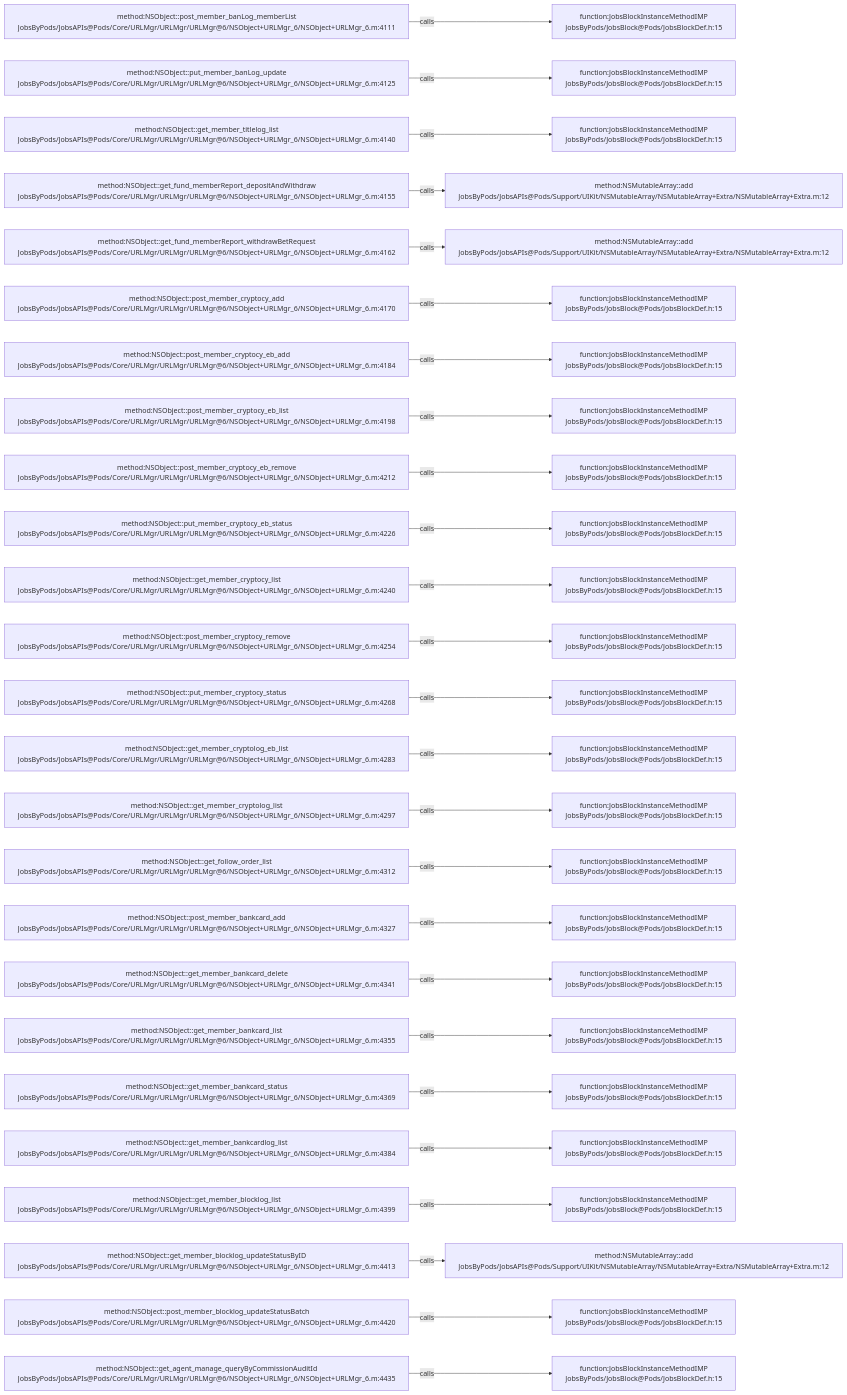
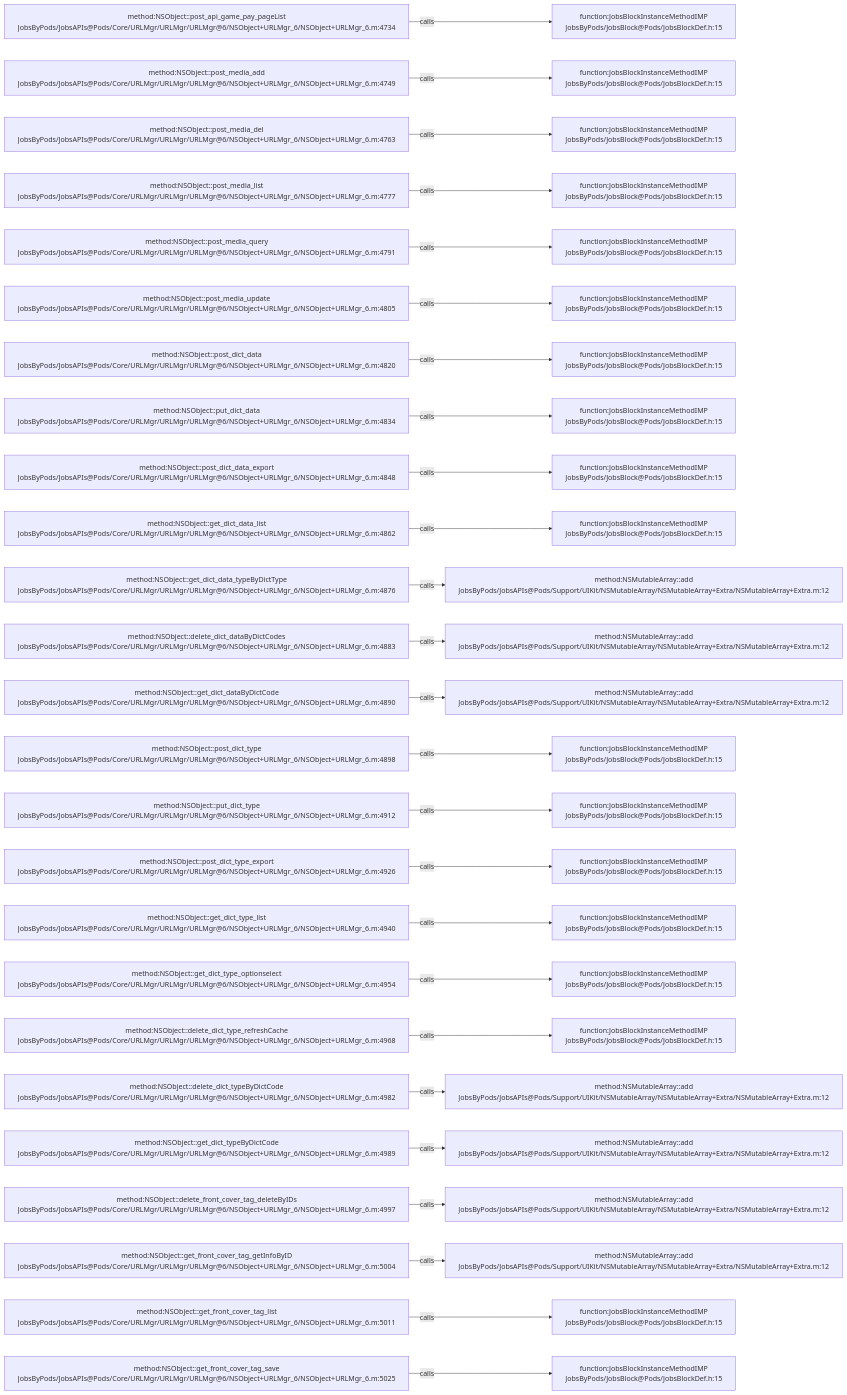
Before and after one commit to JobsKits/JobsOCBaseConfigDemo: the diagram in .codegraph/codegraph.md/graphs/calls-079.md, drawn with Mermaid. The commit also changed 223 other files, not shown here.

````diff
--- a/.codegraph/codegraph.md/graphs/calls-079.md
+++ b/.codegraph/codegraph.md/graphs/calls-079.md
@@ -13,78 +13,78 @@
 ```mermaid
 flowchart LR
-  S1["method:NSObject::post_member_banLog_memberList<br/>JobsByPods/JobsAPIs@Pods/Core/URLMgr/URLMgr/URLMgr@6/NSObject+URLMgr_6/NSObject+URLMgr_6.m:4111"]
+  S1["method:NSObject::post_api_game_pay_pageList<br/>JobsByPods/JobsAPIs@Pods/Core/URLMgr/URLMgr/URLMgr@6/NSObject+URLMgr_6/NSObject+URLMgr_6.m:4734"]
   T1["function:JobsBlockInstanceMethodIMP<br/>JobsByPods/JobsBlock@Pods/JobsBlockDef.h:15"]
   S1 -->|calls| T1
-  S2["method:NSObject::put_member_banLog_update<br/>JobsByPods/JobsAPIs@Pods/Core/URLMgr/URLMgr/URLMgr@6/NSObject+URLMgr_6/NSObject+URLMgr_6.m:4125"]
+  S2["method:NSObject::post_media_add<br/>JobsByPods/JobsAPIs@Pods/Core/URLMgr/URLMgr/URLMgr@6/NSObject+URLMgr_6/NSObject+URLMgr_6.m:4749"]
   T2["function:JobsBlockInstanceMethodIMP<br/>JobsByPods/JobsBlock@Pods/JobsBlockDef.h:15"]
   S2 -->|calls| T2
-  S3["method:NSObject::get_member_titlelog_list<br/>JobsByPods/JobsAPIs@Pods/Core/URLMgr/URLMgr/URLMgr@6/NSObject+URLMgr_6/NSObject+URLMgr_6.m:4140"]
+  S3["method:NSObject::post_media_del<br/>JobsByPods/JobsAPIs@Pods/Core/URLMgr/URLMgr/URLMgr@6/NSObject+URLMgr_6/NSObject+URLMgr_6.m:4763"]
   T3["function:JobsBlockInstanceMethodIMP<br/>JobsByPods/JobsBlock@Pods/JobsBlockDef.h:15"]
   S3 -->|calls| T3
-  S4["method:NSObject::get_fund_memberReport_depositAndWithdraw<br/>JobsByPods/JobsAPIs@Pods/Core/URLMgr/URLMgr/URLMgr@6/NSObject+URLMgr_6/NSObject+URLMgr_6.m:4155"]
-  T4["method:NSMutableArray::add<br/>JobsByPods/JobsAPIs@Pods/Support/UIKit/NSMutableArray/NSMutableArray+Extra/NSMutableArray+Extra.m:12"]
+  S4["method:NSObject::post_media_list<br/>JobsByPods/JobsAPIs@Pods/Core/URLMgr/URLMgr/URLMgr@6/NSObject+URLMgr_6/NSObject+URLMgr_6.m:4777"]
+  T4["function:JobsBlockInstanceMethodIMP<br/>JobsByPods/JobsBlock@Pods/JobsBlockDef.h:15"]
   S4 -->|calls| T4
-  S5["method:NSObject::get_fund_memberReport_withdrawBetRequest<br/>JobsByPods/JobsAPIs@Pods/Core/URLMgr/URLMgr/URLMgr@6/NSObject+URLMgr_6/NSObject+URLMgr_6.m:4162"]
-  T5["method:NSMutableArray::add<br/>JobsByPods/JobsAPIs@Pods/Support/UIKit/NSMutableArray/NSMutableArray+Extra/NSMutableArray+Extra.m:12"]
+  S5["method:NSObject::post_media_query<br/>JobsByPods/JobsAPIs@Pods/Core/URLMgr/URLMgr/URLMgr@6/NSObject+URLMgr_6/NSObject+URLMgr_6.m:4791"]
+  T5["function:JobsBlockInstanceMethodIMP<br/>JobsByPods/JobsBlock@Pods/JobsBlockDef.h:15"]
   S5 -->|calls| T5
-  S6["method:NSObject::post_member_cryptocy_add<br/>JobsByPods/JobsAPIs@Pods/Core/URLMgr/URLMgr/URLMgr@6/NSObject+URLMgr_6/NSObject+URLMgr_6.m:4170"]
+  S6["method:NSObject::post_media_update<br/>JobsByPods/JobsAPIs@Pods/Core/URLMgr/URLMgr/URLMgr@6/NSObject+URLMgr_6/NSObject+URLMgr_6.m:4805"]
   T6["function:JobsBlockInstanceMethodIMP<br/>JobsByPods/JobsBlock@Pods/JobsBlockDef.h:15"]
   S6 -->|calls| T6
-  S7["method:NSObject::post_member_cryptocy_eb_add<br/>JobsByPods/JobsAPIs@Pods/Core/URLMgr/URLMgr/URLMgr@6/NSObject+URLMgr_6/NSObject+URLMgr_6.m:4184"]
+  S7["method:NSObject::post_dict_data<br/>JobsByPods/JobsAPIs@Pods/Core/URLMgr/URLMgr/URLMgr@6/NSObject+URLMgr_6/NSObject+URLMgr_6.m:4820"]
   T7["function:JobsBlockInstanceMethodIMP<br/>JobsByPods/JobsBlock@Pods/JobsBlockDef.h:15"]
   S7 -->|calls| T7
-  S8["method:NSObject::post_member_cryptocy_eb_list<br/>JobsByPods/JobsAPIs@Pods/Core/URLMgr/URLMgr/URLMgr@6/NSObject+URLMgr_6/NSObject+URLMgr_6.m:4198"]
+  S8["method:NSObject::put_dict_data<br/>JobsByPods/JobsAPIs@Pods/Core/URLMgr/URLMgr/URLMgr@6/NSObject+URLMgr_6/NSObject+URLMgr_6.m:4834"]
   T8["function:JobsBlockInstanceMethodIMP<br/>JobsByPods/JobsBlock@Pods/JobsBlockDef.h:15"]
   S8 -->|calls| T8
-  S9["method:NSObject::post_member_cryptocy_eb_remove<br/>JobsByPods/JobsAPIs@Pods/Core/URLMgr/URLMgr/URLMgr@6/NSObject+URLMgr_6/NSObject+URLMgr_6.m:4212"]
+  S9["method:NSObject::post_dict_data_export<br/>JobsByPods/JobsAPIs@Pods/Core/URLMgr/URLMgr/URLMgr@6/NSObject+URLMgr_6/NSObject+URLMgr_6.m:4848"]
   T9["function:JobsBlockInstanceMethodIMP<br/>JobsByPods/JobsBlock@Pods/JobsBlockDef.h:15"]
   S9 -->|calls| T9
-  S10["method:NSObject::put_member_cryptocy_eb_status<br/>JobsByPods/JobsAPIs@Pods/Core/URLMgr/URLMgr/URLMgr@6/NSObject+URLMgr_6/NSObject+URLMgr_6.m:4226"]
+  S10["method:NSObject::get_dict_data_list<br/>JobsByPods/JobsAPIs@Pods/Core/URLMgr/URLMgr/URLMgr@6/NSObject+URLMgr_6/NSObject+URLMgr_6.m:4862"]
   T10["function:JobsBlockInstanceMethodIMP<br/>JobsByPods/JobsBlock@Pods/JobsBlockDef.h:15"]
   S10 -->|calls| T10
-  S11["method:NSObject::get_member_cryptocy_list<br/>JobsByPods/JobsAPIs@Pods/Core/URLMgr/URLMgr/URLMgr@6/NSObject+URLMgr_6/NSObject+URLMgr_6.m:4240"]
-  T11["function:JobsBlockInstanceMethodIMP<br/>JobsByPods/JobsBlock@Pods/JobsBlockDef.h:15"]
+  S11["method:NSObject::get_dict_data_typeByDictType<br/>JobsByPods/JobsAPIs@Pods/Core/URLMgr/URLMgr/URLMgr@6/NSObject+URLMgr_6/NSObject+URLMgr_6.m:4876"]
+  T11["method:NSMutableArray::add<br/>JobsByPods/JobsAPIs@Pods/Support/UIKit/NSMutableArray/NSMutableArray+Extra/NSMutableArray+Extra.m:12"]
   S11 -->|calls| T11
-  S12["method:NSObject::post_member_cryptocy_remove<br/>JobsByPods/JobsAPIs@Pods/Core/URLMgr/URLMgr/URLMgr@6/NSObject+URLMgr_6/NSObject+URLMgr_6.m:4254"]
-  T12["function:JobsBlockInstanceMethodIMP<br/>JobsByPods/JobsBlock@Pods/JobsBlockDef.h:15"]
+  S12["method:NSObject::delete_dict_dataByDictCodes<br/>JobsByPods/JobsAPIs@Pods/Core/URLMgr/URLMgr/URLMgr@6/NSObject+URLMgr_6/NSObject+URLMgr_6.m:4883"]
+  T12["method:NSMutableArray::add<br/>JobsByPods/JobsAPIs@Pods/Support/UIKit/NSMutableArray/NSMutableArray+Extra/NSMutableArray+Extra.m:12"]
   S12 -->|calls| T12
-  S13["method:NSObject::put_member_cryptocy_status<br/>JobsByPods/JobsAPIs@Pods/Core/URLMgr/URLMgr/URLMgr@6/NSObject+URLMgr_6/NSObject+URLMgr_6.m:4268"]
-  T13["function:JobsBlockInstanceMethodIMP<br/>JobsByPods/JobsBlock@Pods/JobsBlockDef.h:15"]
+  S13["method:NSObject::get_dict_dataByDictCode<br/>JobsByPods/JobsAPIs@Pods/Core/URLMgr/URLMgr/URLMgr@6/NSObject+URLMgr_6/NSObject+URLMgr_6.m:4890"]
+  T13["method:NSMutableArray::add<br/>JobsByPods/JobsAPIs@Pods/Support/UIKit/NSMutableArray/NSMutableArray+Extra/NSMutableArray+Extra.m:12"]
   S13 -->|calls| T13
-  S14["method:NSObject::get_member_cryptolog_eb_list<br/>JobsByPods/JobsAPIs@Pods/Core/URLMgr/URLMgr/URLMgr@6/NSObject+URLMgr_6/NSObject+URLMgr_6.m:4283"]
+  S14["method:NSObject::post_dict_type<br/>JobsByPods/JobsAPIs@Pods/Core/URLMgr/URLMgr/URLMgr@6/NSObject+URLMgr_6/NSObject+URLMgr_6.m:4898"]
   T14["function:JobsBlockInstanceMethodIMP<br/>JobsByPods/JobsBlock@Pods/JobsBlockDef.h:15"]
   S14 -->|calls| T14
-  S15["method:NSObject::get_member_cryptolog_list<br/>JobsByPods/JobsAPIs@Pods/Core/URLMgr/URLMgr/URLMgr@6/NSObject+URLMgr_6/NSObject+URLMgr_6.m:4297"]
+  S15["method:NSObject::put_dict_type<br/>JobsByPods/JobsAPIs@Pods/Core/URLMgr/URLMgr/URLMgr@6/NSObject+URLMgr_6/NSObject+URLMgr_6.m:4912"]
   T15["function:JobsBlockInstanceMethodIMP<br/>JobsByPods/JobsBlock@Pods/JobsBlockDef.h:15"]
   S15 -->|calls| T15
-  S16["method:NSObject::get_follow_order_list<br/>JobsByPods/JobsAPIs@Pods/Core/URLMgr/URLMgr/URLMgr@6/NSObject+URLMgr_6/NSObject+URLMgr_6.m:4312"]
+  S16["method:NSObject::post_dict_type_export<br/>JobsByPods/JobsAPIs@Pods/Core/URLMgr/URLMgr/URLMgr@6/NSObject+URLMgr_6/NSObject+URLMgr_6.m:4926"]
   T16["function:JobsBlockInstanceMethodIMP<br/>JobsByPods/JobsBlock@Pods/JobsBlockDef.h:15"]
   S16 -->|calls| T16
-  S17["method:NSObject::post_member_bankcard_add<br/>JobsByPods/JobsAPIs@Pods/Core/URLMgr/URLMgr/URLMgr@6/NSObject+URLMgr_6/NSObject+URLMgr_6.m:4327"]
+  S17["method:NSObject::get_dict_type_list<br/>JobsByPods/JobsAPIs@Pods/Core/URLMgr/URLMgr/URLMgr@6/NSObject+URLMgr_6/NSObject+URLMgr_6.m:4940"]
   T17["function:JobsBlockInstanceMethodIMP<br/>JobsByPods/JobsBlock@Pods/JobsBlockDef.h:15"]
   S17 -->|calls| T17
-  S18["method:NSObject::get_member_bankcard_delete<br/>JobsByPods/JobsAPIs@Pods/Core/URLMgr/URLMgr/URLMgr@6/NSObject+URLMgr_6/NSObject+URLMgr_6.m:4341"]
+  S18["method:NSObject::get_dict_type_optionselect<br/>JobsByPods/JobsAPIs@Pods/Core/URLMgr/URLMgr/URLMgr@6/NSObject+URLMgr_6/NSObject+URLMgr_6.m:4954"]
   T18["function:JobsBlockInstanceMethodIMP<br/>JobsByPods/JobsBlock@Pods/JobsBlockDef.h:15"]
   S18 -->|calls| T18
-  S19["method:NSObject::get_member_bankcard_list<br/>JobsByPods/JobsAPIs@Pods/Core/URLMgr/URLMgr/URLMgr@6/NSObject+URLMgr_6/NSObject+URLMgr_6.m:4355"]
+  S19["method:NSObject::delete_dict_type_refreshCache<br/>JobsByPods/JobsAPIs@Pods/Core/URLMgr/URLMgr/URLMgr@6/NSObject+URLMgr_6/NSObject+URLMgr_6.m:4968"]
   T19["function:JobsBlockInstanceMethodIMP<br/>JobsByPods/JobsBlock@Pods/JobsBlockDef.h:15"]
   S19 -->|calls| T19
-  S20["method:NSObject::get_member_bankcard_status<br/>JobsByPods/JobsAPIs@Pods/Core/URLMgr/URLMgr/URLMgr@6/NSObject+URLMgr_6/NSObject+URLMgr_6.m:4369"]
-  T20["function:JobsBlockInstanceMethodIMP<br/>JobsByPods/JobsBlock@Pods/JobsBlockDef.h:15"]
+  S20["method:NSObject::delete_dict_typeByDictCode<br/>JobsByPods/JobsAPIs@Pods/Core/URLMgr/URLMgr/URLMgr@6/NSObject+URLMgr_6/NSObject+URLMgr_6.m:4982"]
+  T20["method:NSMutableArray::add<br/>JobsByPods/JobsAPIs@Pods/Support/UIKit/NSMutableArray/NSMutableArray+Extra/NSMutableArray+Extra.m:12"]
   S20 -->|calls| T20
-  S21["method:NSObject::get_member_bankcardlog_list<br/>JobsByPods/JobsAPIs@Pods/Core/URLMgr/URLMgr/URLMgr@6/NSObject+URLMgr_6/NSObject+URLMgr_6.m:4384"]
-  T21["function:JobsBlockInstanceMethodIMP<br/>JobsByPods/JobsBlock@Pods/JobsBlockDef.h:15"]
+  S21["method:NSObject::get_dict_typeByDictCode<br/>JobsByPods/JobsAPIs@Pods/Core/URLMgr/URLMgr/URLMgr@6/NSObject+URLMgr_6/NSObject+URLMgr_6.m:4989"]
+  T21["method:NSMutableArray::add<br/>JobsByPods/JobsAPIs@Pods/Support/UIKit/NSMutableArray/NSMutableArray+Extra/NSMutableArray+Extra.m:12"]
   S21 -->|calls| T21
-  S22["method:NSObject::get_member_blocklog_list<br/>JobsByPods/JobsAPIs@Pods/Core/URLMgr/URLMgr/URLMgr@6/NSObject+URLMgr_6/NSObject+URLMgr_6.m:4399"]
-  T22["function:JobsBlockInstanceMethodIMP<br/>JobsByPods/JobsBlock@Pods/JobsBlockDef.h:15"]
+  S22["method:NSObject::delete_front_cover_tag_deleteByIDs<br/>JobsByPods/JobsAPIs@Pods/Core/URLMgr/URLMgr/URLMgr@6/NSObject+URLMgr_6/NSObject+URLMgr_6.m:4997"]
+  T22["method:NSMutableArray::add<br/>JobsByPods/JobsAPIs@Pods/Support/UIKit/NSMutableArray/NSMutableArray+Extra/NSMutableArray+Extra.m:12"]
   S22 -->|calls| T22
-  S23["method:NSObject::get_member_blocklog_updateStatusByID<br/>JobsByPods/JobsAPIs@Pods/Core/URLMgr/URLMgr/URLMgr@6/NSObject+URLMgr_6/NSObject+URLMgr_6.m:4413"]
+  S23["method:NSObject::get_front_cover_tag_getInfoByID<br/>JobsByPods/JobsAPIs@Pods/Core/URLMgr/URLMgr/URLMgr@6/NSObject+URLMgr_6/NSObject+URLMgr_6.m:5004"]
   T23["method:NSMutableArray::add<br/>JobsByPods/JobsAPIs@Pods/Support/UIKit/NSMutableArray/NSMutableArray+Extra/NSMutableArray+Extra.m:12"]
   S23 -->|calls| T23
-  S24["method:NSObject::post_member_blocklog_updateStatusBatch<br/>JobsByPods/JobsAPIs@Pods/Core/URLMgr/URLMgr/URLMgr@6/NSObject+URLMgr_6/NSObject+URLMgr_6.m:4420"]
+  S24["method:NSObject::get_front_cover_tag_list<br/>JobsByPods/JobsAPIs@Pods/Core/URLMgr/URLMgr/URLMgr@6/NSObject+URLMgr_6/NSObject+URLMgr_6.m:5011"]
   T24["function:JobsBlockInstanceMethodIMP<br/>JobsByPods/JobsBlock@Pods/JobsBlockDef.h:15"]
   S24 -->|calls| T24
-  S25["method:NSObject::get_agent_manage_queryByCommissionAuditId<br/>JobsByPods/JobsAPIs@Pods/Core/URLMgr/URLMgr/URLMgr@6/NSObject+URLMgr_6/NSObject+URLMgr_6.m:4435"]
+  S25["method:NSObject::get_front_cover_tag_save<br/>JobsByPods/JobsAPIs@Pods/Core/URLMgr/URLMgr/URLMgr@6/NSObject+URLMgr_6/NSObject+URLMgr_6.m:5025"]
   T25["function:JobsBlockInstanceMethodIMP<br/>JobsByPods/JobsBlock@Pods/JobsBlockDef.h:15"]
   S25 -->|calls| T25
 ```
````
